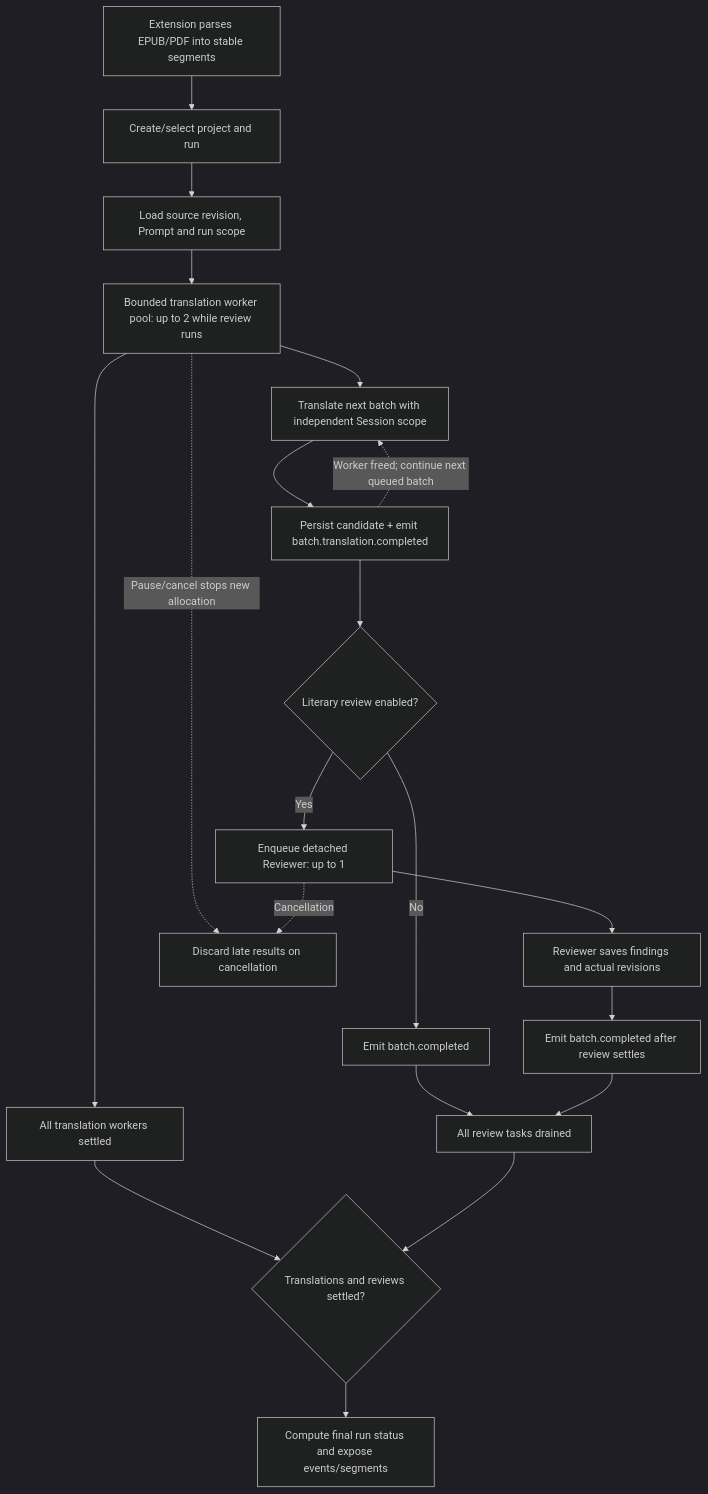
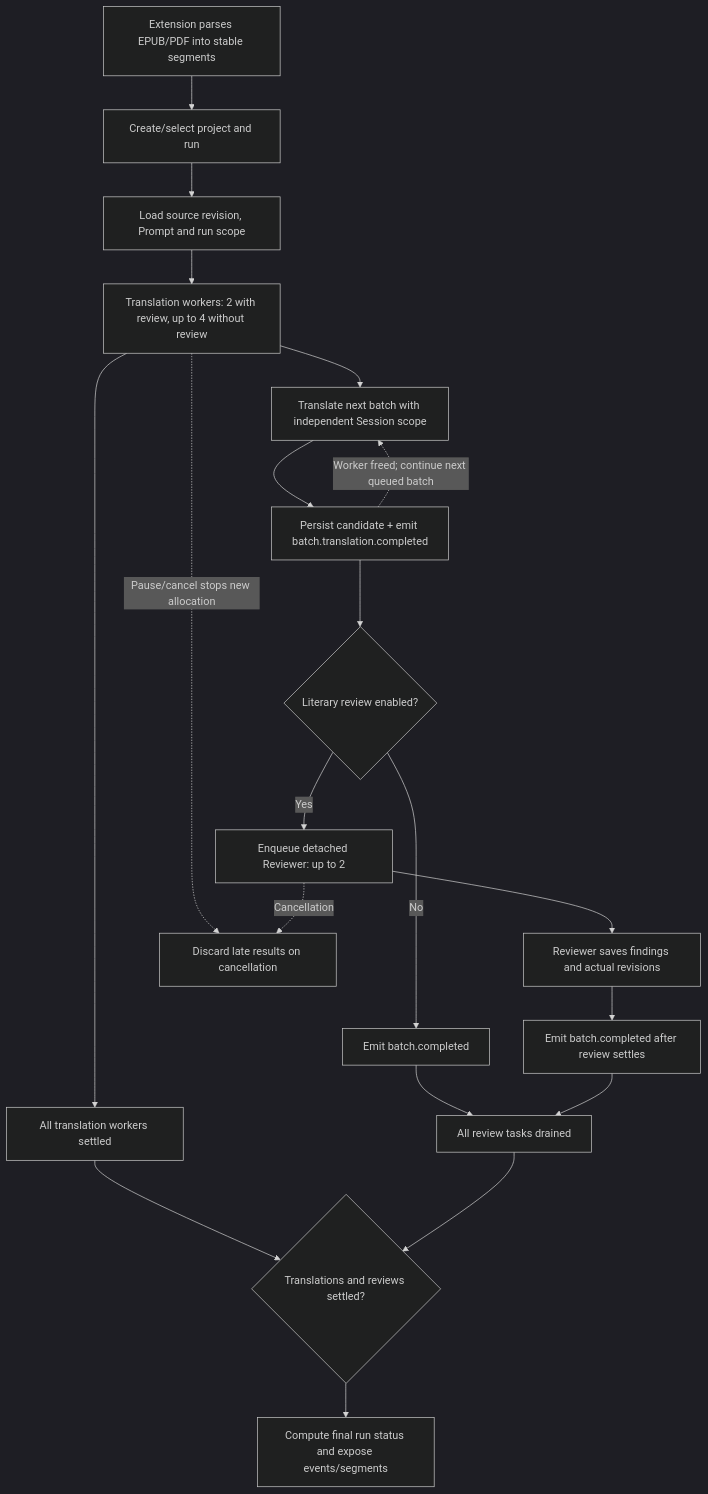
Before and after one commit to devweekly/vocal-saga: the fourth of 4 diagrams in README.md, drawn with Mermaid (dark theme).

Commit message:
Align documentation with current worker budgets and implementation

````diff
--- a/README.md
+++ b/README.md
@@ -121,22 +121,22 @@
 ```mermaid
 flowchart TD
     A[Extension parses EPUB/PDF into stable segments] --> B[Create/select project and run]
     B --> C[Load source revision, Prompt and run scope]
-    C --> D[Bounded translation worker pool: up to 2 while review runs]
+    C --> D[Translation workers: 2 with review, up to 4 without review]
     D --> E[Translate next batch with independent Session scope]
     E --> F[Persist candidate + emit batch.translation.completed]
     F --> G{Literary review enabled?}
     G -- No --> H[Emit batch.completed]
-    G -- Yes --> I[Enqueue detached Reviewer: up to 1]
+    G -- Yes --> I[Enqueue detached Reviewer: up to 2]
     I --> J[Reviewer saves findings and actual revisions]
     J --> K[Emit batch.completed after review settles]
     F -. Worker freed; continue next queued batch .-> E
     D --> L[All translation workers settled]
     H --> M[All review tasks drained]
     K --> M
     L --> N{Translations and reviews settled?}
     M --> N
     N --> O[Compute final run status and expose events/segments]
     D -. Pause/cancel stops new allocation .-> P[Discard late results on cancellation]
     I -. Cancellation .-> P
 ```
````
